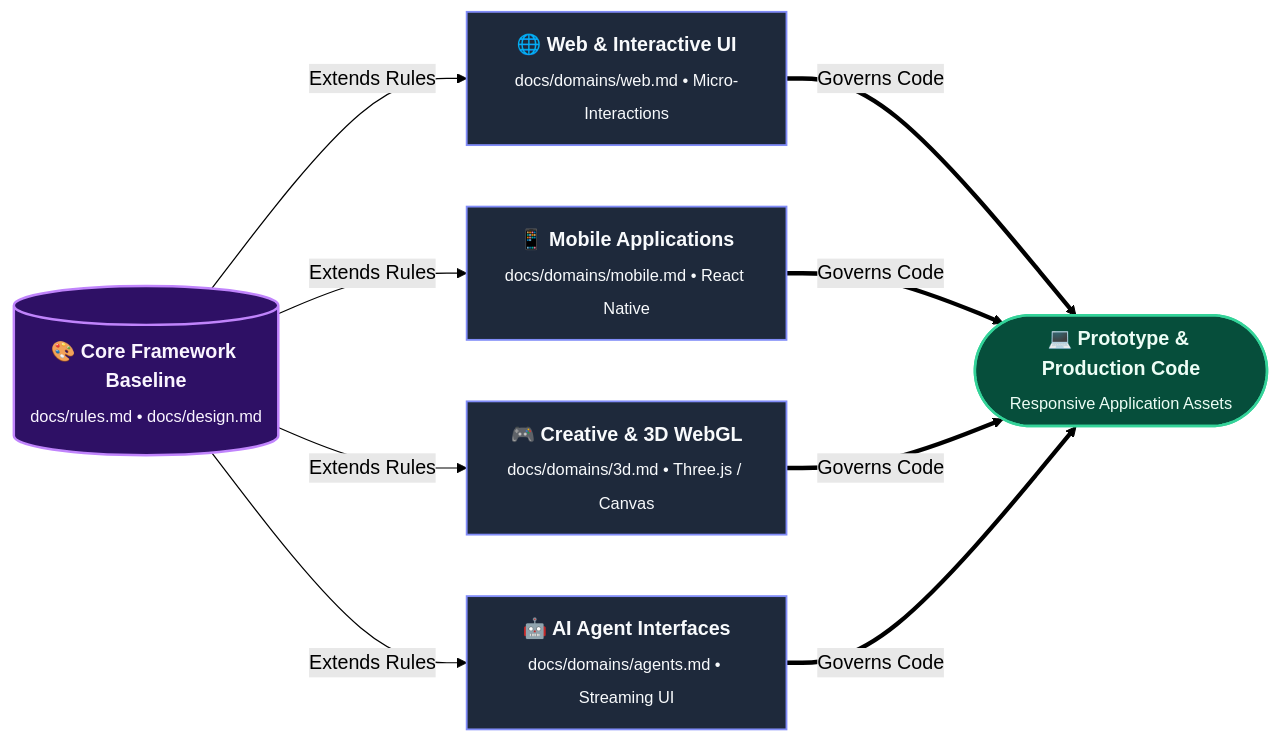
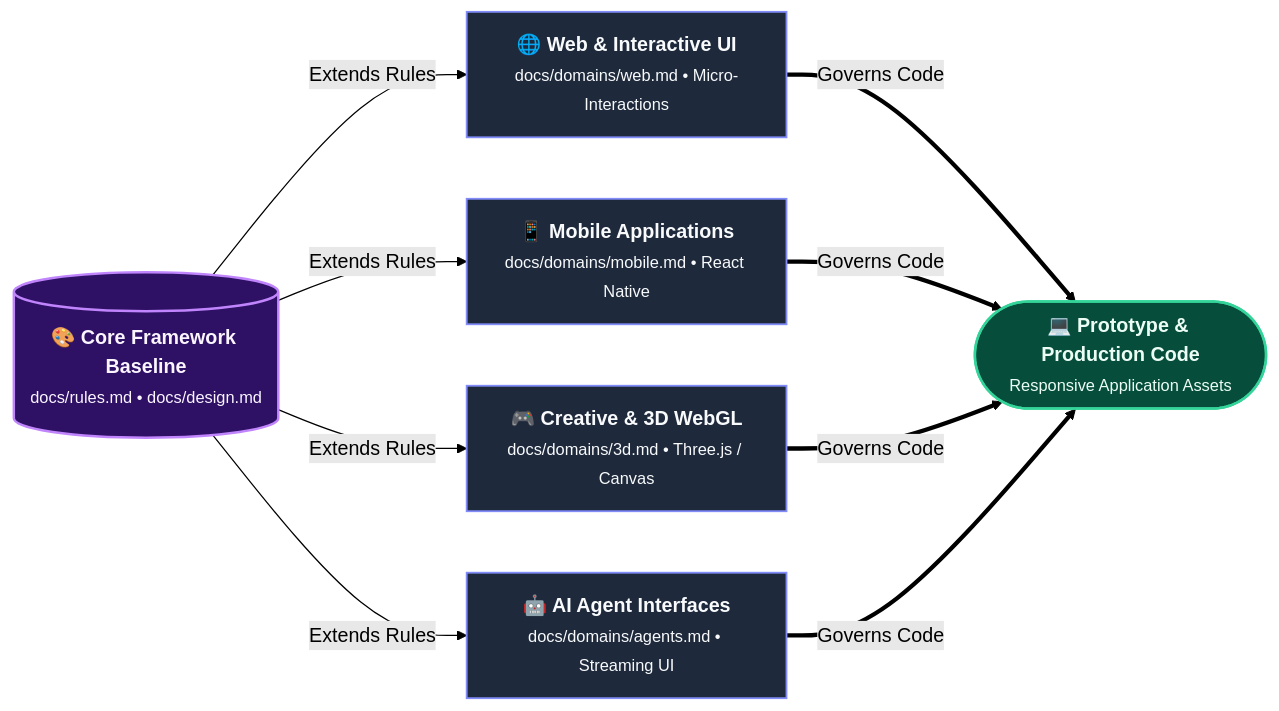
One commit to rmsofficialsyt/Agentic-AI-Vibe-Coding-AND-SDD-TDD-Codebase-Chandan-Adhikary changed the diagram in Vibe-Coding-Chandan-Adhikary/Vibe-Coding/docs/domains/README.md. Above: the diagram before and after it, drawn with Mermaid (forest theme). The commit also changed 27 other files, not shown here.

Commit message:
docs: resolve text overlap and scattering across all diagrams via semantic typography and layout contracts

````diff
--- a/Vibe-Coding-Chandan-Adhikary/Vibe-Coding/docs/domains/README.md
+++ b/Vibe-Coding-Chandan-Adhikary/Vibe-Coding/docs/domains/README.md
@@ -24,25 +24,25 @@
 ```mermaid
 flowchart LR
     classDef core fill:#2e1065,stroke:#c084fc,stroke-width:2px,color:#faf5ff;
     classDef ext fill:#1e293b,stroke:#818cf8,stroke-width:1.5px,color:#f8fafc;
     classDef code fill:#064e3b,stroke:#34d399,stroke-width:2px,color:#ecfdf5;
 
-    Core[("<b>🎨 Core Framework Baseline</b><br/><sub>docs/rules.md • docs/design.md</sub>")]:::core
+    Core[("<b>🎨 Core Framework Baseline</b><br/><small>docs/rules.md • docs/design.md</small>")]:::core
 
-    Ext1["<b>🌐 Web & Interactive UI</b><br/><sub>docs/domains/web.md • Micro-Interactions</sub>"]:::ext
-    Ext2["<b>📱 Mobile Applications</b><br/><sub>docs/domains/mobile.md • React Native</sub>"]:::ext
-    Ext3["<b>🎮 Creative & 3D WebGL</b><br/><sub>docs/domains/3d.md • Three.js / Canvas</sub>"]:::ext
-    Ext4["<b>🤖 AI Agent Interfaces</b><br/><sub>docs/domains/agents.md • Streaming UI</sub>"]:::ext
+    Ext1["<b>🌐 Web & Interactive UI</b><br/><small>docs/domains/web.md • Micro-Interactions</small>"]:::ext
+    Ext2["<b>📱 Mobile Applications</b><br/><small>docs/domains/mobile.md • React Native</small>"]:::ext
+    Ext3["<b>🎮 Creative & 3D WebGL</b><br/><small>docs/domains/3d.md • Three.js / Canvas</small>"]:::ext
+    Ext4["<b>🤖 AI Agent Interfaces</b><br/><small>docs/domains/agents.md • Streaming UI</small>"]:::ext
 
-    ProjectCode(["<b>💻 Prototype & Production Code</b><br/><sub>Responsive Application Assets</sub>"]):::code
+    ProjectCode(["<b>💻 Prototype & Production Code</b><br/><small>Responsive Application Assets</small>"]):::code
 
     Core -->|"Extends Rules"| Ext1
     Core -->|"Extends Rules"| Ext2
     Core -->|"Extends Rules"| Ext3
     Core -->|"Extends Rules"| Ext4
 
     Ext1 ==>|"Governs Code"| ProjectCode
     Ext2 ==>|"Governs Code"| ProjectCode
     Ext3 ==>|"Governs Code"| ProjectCode
     Ext4 ==>|"Governs Code"| ProjectCode
 ```
````
